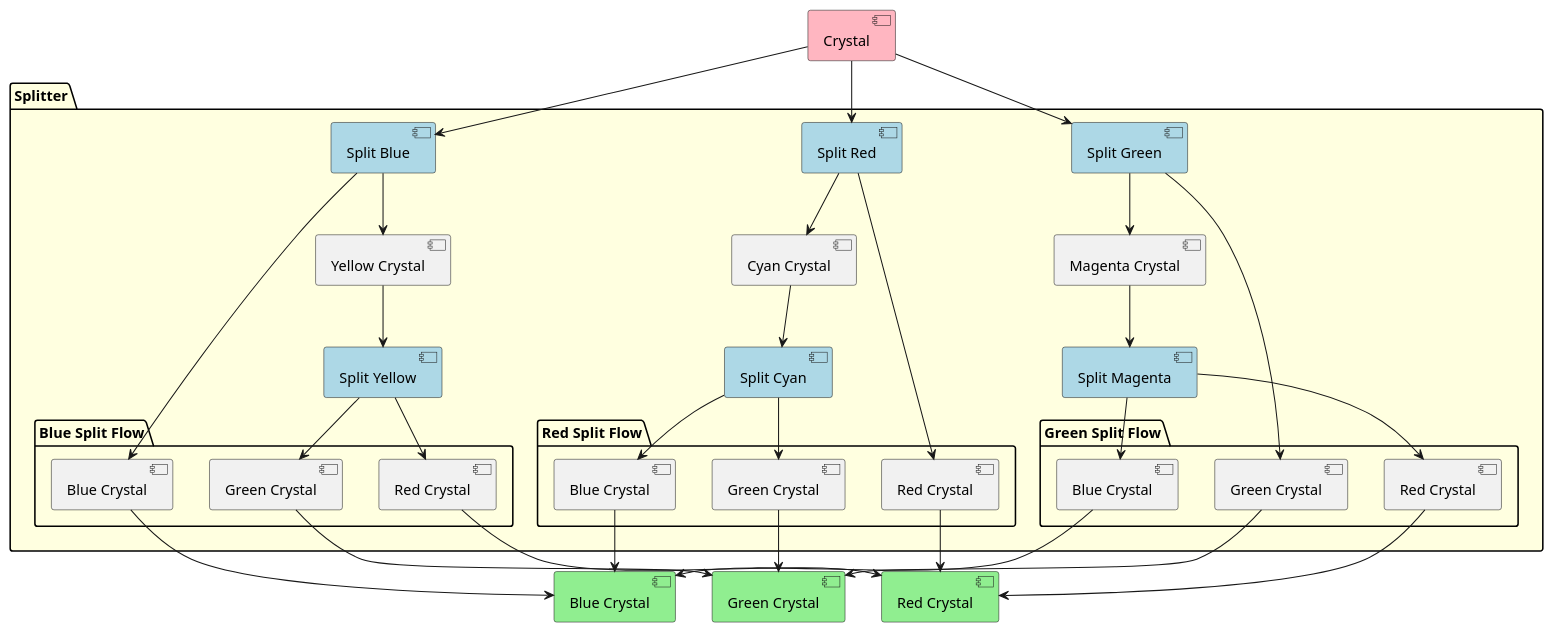
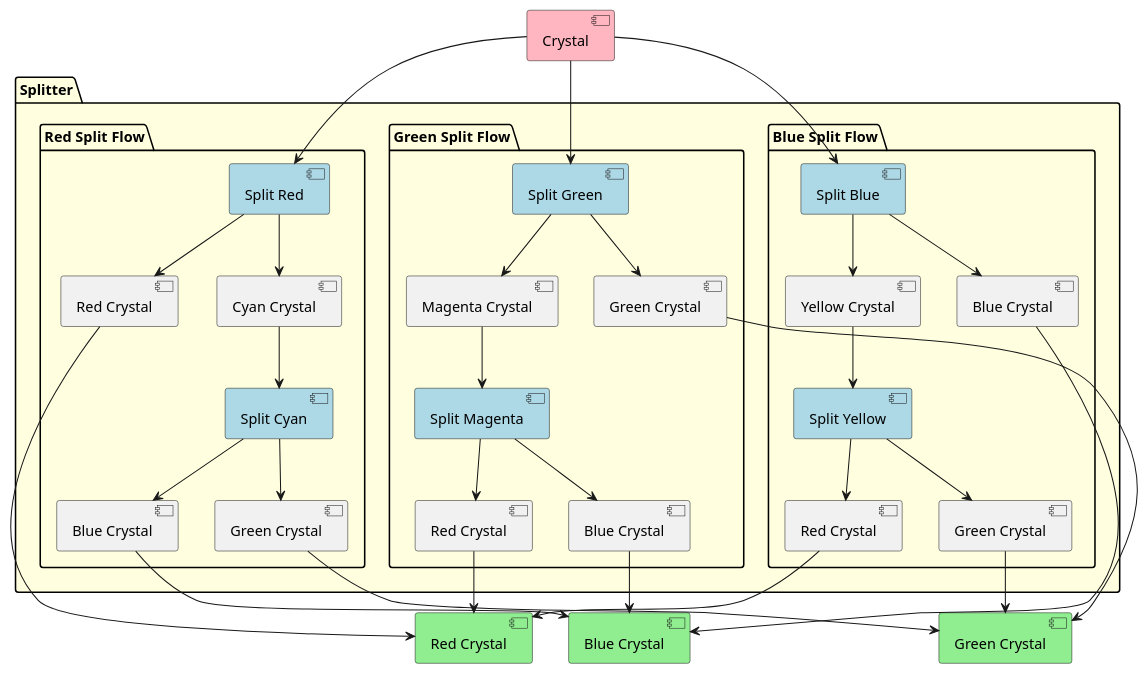
The diagram in Documentation/ColoredCrystalFlow.puml (Thomas-De-Praetere/CrystalMod), drawn with PlantUML before and after one commit. The commit also changed 1 other file, not shown here.

Commit message:
Updated Colour Flow and total flow diagram

```diff
--- a/Documentation/ColoredCrystalFlow.puml
+++ b/Documentation/ColoredCrystalFlow.puml
@@ -1,82 +1,78 @@
 @startuml
 
 hide methods
 hide fields
 hide circle
 
 [Crystal] as C #lightpink
 
 package Splitter #lightyellow {
+package "Green Split Flow" {
 [Split Green] as SG #lightblue
-[Split Red] as SR #lightblue
-[Split Blue] as SB #lightblue
-}
-
-package Splitter  #lightyellow {
 [Split Magenta] as SM #lightblue
-[Split Yellow] as SY #lightblue
-[Split Cyan] as SC #lightblue
 [Magenta Crystal] as MC
-[Yellow Crystal] as YC
-[Cyan Crystal] as CC
-
-package "Green Split Flow" {
 [Red Crystal] as RC1
 [Green Crystal] as GC1
 [Blue Crystal] as BC1
 }
 package "Red Split Flow" {
+[Split Red] as SR #lightblue
+[Split Cyan] as SC #lightblue
+[Cyan Crystal] as CC
 [Red Crystal] as RC2
 [Green Crystal] as GC2
 [Blue Crystal] as BC2
 
 }
 package "Blue Split Flow" {
+[Split Blue] as SB #lightblue
+[Split Yellow] as SY #lightblue
+[Yellow Crystal] as YC
 [Red Crystal] as RC3
 [Green Crystal] as GC3
 [Blue Crystal] as BC3
 }
 }
 
 [Red Crystal] as RC #lightgreen
 [Green Crystal] as GC #lightgreen
 [Blue Crystal] as BC #lightgreen
 
 
 C --> SG
 SG --> GC1
 SG --> MC
 
 C --> SR
 SR --> RC2
 SR --> CC
 
 C --> SB
 SB --> BC3
 SB --> YC
 
 YC --> SY
 SY --> RC3
 SY --> GC3
 
 CC --> SC
 SC --> GC2
 SC --> BC2
 
 MC --> SM
 SM --> BC1
 SM --> RC1
 
 RC1 --> RC
 RC2 --> RC
 RC3 --> RC
 
 GC1 --> GC
 GC2 --> GC
 GC3 --> GC
 
 BC1 --> BC
 BC2 --> BC
 BC3 --> BC
 
 @enduml
```
